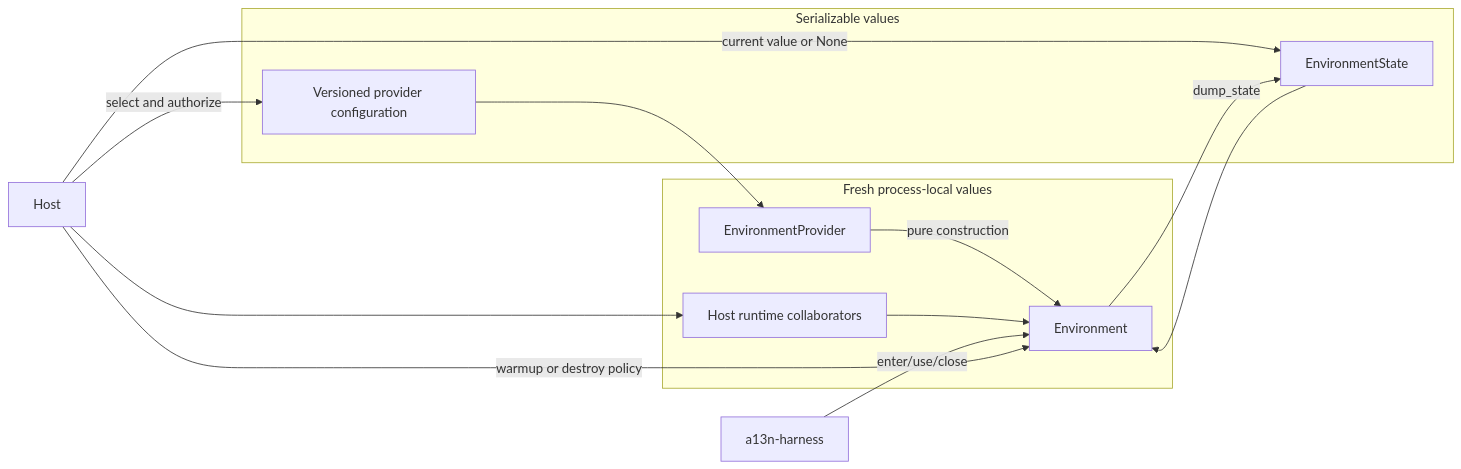
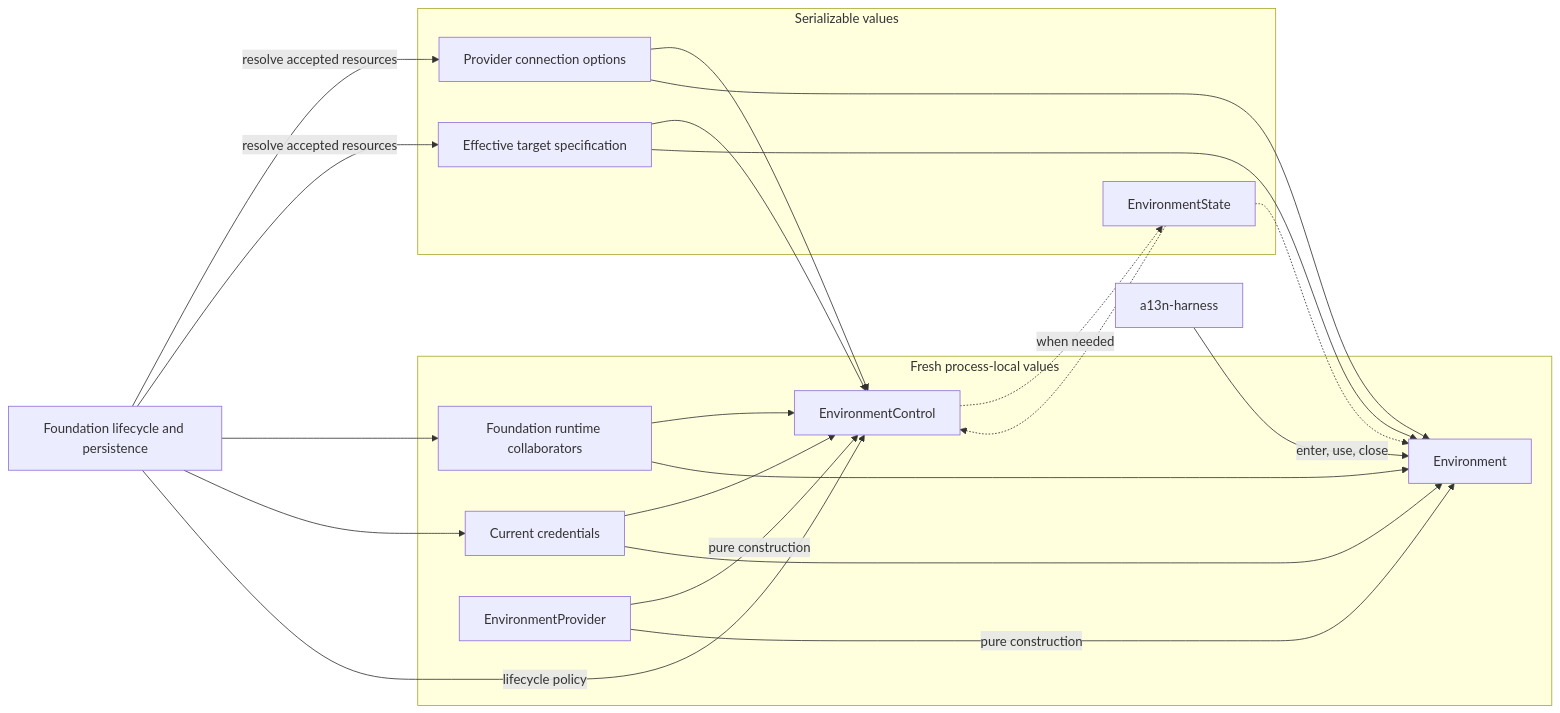
Before and after one commit to LTThreeComma/agent-foundation: the first of 3 diagrams in spec/agent-environment-provider/00-overview.md, drawn with Mermaid. The commit also changed other lines of this file and 37 other files, not shown here.

Commit message:
Update repository architecture and development tooling

````diff
--- a/spec/agent-environment-provider/00-overview.md
+++ b/spec/agent-environment-provider/00-overview.md
@@ -17,24 +29,29 @@
 ```mermaid
 flowchart LR
     subgraph Durable[Serializable values]
-        Config[Versioned provider configuration]
+        ConnectionOptions[Provider connection options]
+        TargetSpec[Effective target specification]
         State[EnvironmentState]
     end
 
     subgraph Process[Fresh process-local values]
-        Runtime[Host runtime collaborators]
+        Runtime[Foundation runtime collaborators]
+        Credentials[Current credentials]
         Provider[EnvironmentProvider]
+        Control[EnvironmentControl]
         Environment[Environment]
     end
 
-    Host[Host] -->|select and authorize| Config
-    Host -->|current value or None| State
-    Host --> Runtime
-    Config --> Provider
+    Foundation[Foundation lifecycle and persistence] -->|resolve accepted resources| ConnectionOptions & TargetSpec
+    Foundation --> Runtime & Credentials
+    Provider -->|pure construction| Control
     Provider -->|pure construction| Environment
-    State --> Environment
-    Runtime --> Environment
-    Environment -->|dump_state| State
-    Harness[a13n-harness] -->|enter/use/close| Environment
-    Host -->|warmup or destroy policy| Environment
+    ConnectionOptions & Credentials & Runtime --> Control
+    TargetSpec --> Control
+    Control -.->|when needed| State
+    State -.-> Control
+    ConnectionOptions & TargetSpec & Credentials & Runtime --> Environment
+    State -.-> Environment
+    Harness[a13n-harness] -->|enter, use, close| Environment
+    Foundation -->|lifecycle policy| Control
 ```
````
